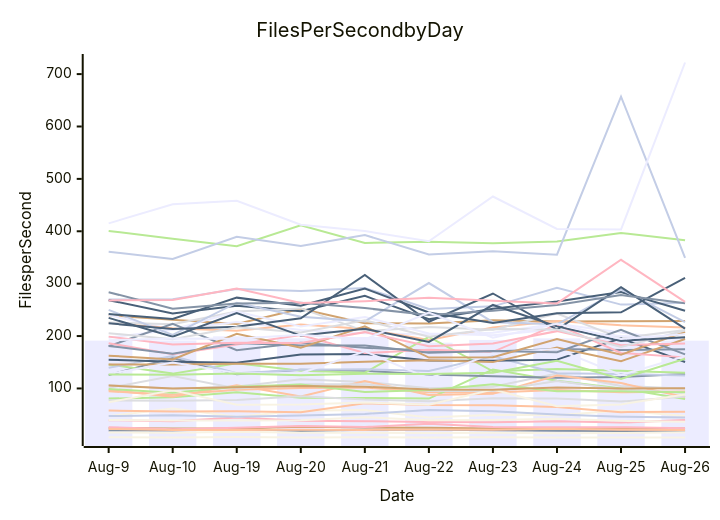
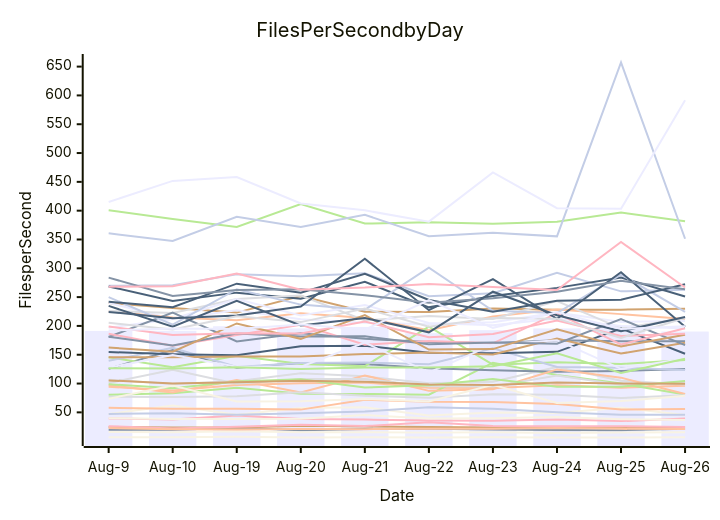
Before and after one commit to streetsidesoftware/cspell: the diagram in perf-report.md, drawn with Mermaid. The commit also changed other lines of this file and 2 other files, not shown here.

````diff
--- a/perf-report.md
+++ b/perf-report.md
@@ -11,57 +11,57 @@
 ```mermaid
 xychart-beta
     title Files Per Second by Day
     y-axis Files per Second
     x-axis Date [Aug-9, Aug-10, Aug-19, Aug-20, Aug-21, Aug-22, Aug-23, Aug-24, Aug-25, Aug-26]
-    bar [191.27, 191.48, 199.45, 195.67, 198.22, 187.40, 192.61, 195.61, 200.69, 191.21]
-    line [19.76, 19.87, 23.15, 18.80, 21.30, 21.70, 20.11, 19.24, 18.97, 18.60]
-    line [94.45, 88.13, 97.66, 100.71, 101.93, 92.80, 92.11, 97.07, 92.83, 94.21]
-    line [106.66, 99.38, 103.80, 117.71, 112.47, 100.50, 103.30, 128.71, 104.89, 99.29]
-    line [80.61, 83.15, 92.81, 82.44, 81.86, 80.75, 136.22, 114.72, 99.92, 80.06]
-    line [239.79, 231.09, 223.10, 252.00, 224.60, 224.17, 230.06, 227.93, 228.22, 228.65]
-    line [269.81, 270.47, 289.77, 286.14, 291.59, 251.52, 256.69, 292.19, 260.02, 263.43]
-    line [39.52, 37.52, 44.46, 38.46, 37.42, 35.96, 35.65, 37.61, 34.82, 39.63]
-    line [268.54, 243.09, 257.77, 247.18, 276.72, 232.23, 252.08, 266.01, 283.94, 248.34]
-    line [6.78, 6.60, 7.51, 6.38, 6.72, 6.55, 6.77, 6.55, 6.58, 6.59]
-    line [240.17, 211.99, 227.00, 211.38, 205.51, 203.10, 206.43, 223.33, 206.89, 190.22]
-    line [125.68, 158.27, 127.25, 135.61, 133.76, 126.70, 123.28, 120.42, 121.90, 127.45]
-    line [225.24, 214.74, 210.02, 221.88, 213.58, 192.56, 216.27, 228.68, 220.47, 216.37]
-    line [225.91, 222.58, 246.74, 252.74, 209.47, 217.12, 212.13, 242.98, 195.81, 211.42]
-    line [145.75, 128.32, 148.05, 133.76, 130.09, 198.58, 132.66, 136.89, 133.84, 129.75]
-    line [24.65, 23.72, 23.68, 26.94, 25.51, 24.79, 23.76, 23.53, 22.75, 23.51]
-    line [139.45, 161.93, 128.87, 135.71, 136.66, 133.36, 161.38, 128.87, 127.62, 124.67]
-    line [25.95, 22.03, 24.86, 28.29, 26.21, 32.71, 26.20, 26.09, 26.00, 24.23]
-    line [154.75, 150.93, 149.02, 164.86, 165.64, 153.35, 152.64, 155.02, 195.52, 150.49]
-    line [15.80, 15.53, 17.25, 15.28, 15.49, 14.84, 15.46, 14.39, 15.01, 16.42]
-    line [196.97, 211.99, 246.59, 218.10, 236.31, 204.94, 201.38, 212.81, 200.01, 195.01]
-    line [180.75, 223.35, 172.94, 187.16, 177.68, 172.01, 170.49, 175.09, 173.22, 174.63]
-    line [96.93, 84.41, 106.12, 84.61, 114.12, 87.31, 89.99, 124.55, 110.24, 83.67]
-    line [77.16, 76.75, 77.91, 84.91, 78.76, 75.34, 81.46, 80.77, 74.97, 84.82]
-    line [400.74, 385.62, 371.65, 411.46, 377.61, 379.88, 377.18, 380.64, 396.91, 382.80]
-    line [145.79, 145.58, 147.10, 147.08, 151.07, 153.94, 150.27, 178.09, 152.08, 194.45]
-    line [249.96, 202.34, 263.67, 236.99, 228.06, 301.20, 226.40, 222.40, 289.06, 226.80]
-    line [186.27, 165.43, 184.07, 202.12, 167.51, 173.85, 169.85, 221.75, 167.75, 159.31]
-    line [224.37, 213.27, 217.89, 233.79, 316.48, 227.32, 281.23, 212.31, 293.11, 214.05]
-    line [47.00, 61.84, 45.89, 57.63, 58.67, 44.77, 49.92, 49.06, 57.90, 47.24]
-    line [127.47, 149.55, 129.16, 129.10, 170.99, 119.13, 167.47, 175.06, 125.57, 161.32]
-    line [181.18, 166.12, 186.93, 181.85, 181.88, 168.34, 171.35, 169.12, 211.70, 164.93]
-    line [57.90, 56.15, 56.35, 54.76, 71.89, 68.47, 68.09, 64.39, 54.76, 55.76]
-    line [101.07, 123.80, 99.87, 108.06, 107.98, 95.34, 94.96, 114.12, 97.84, 91.84]
-    line [98.84, 91.76, 103.43, 107.49, 93.08, 97.11, 107.90, 94.53, 94.47, 92.63]
-    line [162.48, 155.40, 204.32, 177.59, 218.64, 159.00, 159.79, 194.26, 164.45, 208.14]
-    line [360.76, 347.31, 389.41, 371.89, 392.82, 355.53, 361.83, 355.43, 657.12, 349.27]
-    line [198.91, 184.05, 187.41, 186.67, 207.48, 180.49, 185.92, 209.38, 182.67, 185.76]
-    line [242.10, 232.62, 273.32, 257.69, 290.62, 245.10, 224.83, 243.49, 245.36, 311.06]
-    line [73.60, 96.61, 68.89, 69.48, 73.38, 68.77, 97.84, 66.15, 69.59, 88.48]
-    line [415.14, 451.69, 458.22, 412.53, 400.53, 380.98, 466.37, 404.40, 403.18, 722.14]
-    line [283.77, 252.09, 262.36, 263.68, 253.37, 240.18, 248.22, 259.20, 278.18, 262.46]
-    line [22.84, 20.59, 20.47, 21.22, 20.90, 21.42, 21.40, 22.88, 21.36, 20.63]
-    line [205.56, 193.98, 216.67, 206.61, 230.20, 198.53, 213.69, 212.64, 179.07, 210.76]
-    line [126.64, 126.17, 128.45, 125.27, 127.94, 127.77, 130.20, 152.67, 118.34, 156.81]
-    line [105.46, 100.11, 102.43, 104.89, 103.21, 98.21, 97.36, 101.78, 100.00, 100.54]
-    line [47.26, 48.66, 46.00, 48.26, 51.42, 58.83, 56.30, 50.38, 45.97, 44.56]
-    line [268.09, 268.70, 290.78, 262.94, 266.60, 272.93, 267.45, 262.37, 345.57, 265.40]
-    line [234.76, 198.61, 243.75, 200.90, 213.71, 188.91, 259.37, 218.53, 190.79, 197.62]
-    line [39.98, 38.63, 38.64, 39.11, 45.24, 39.50, 39.66, 42.07, 38.23, 36.39]
-    line [192.03, 195.48, 194.87, 202.54, 193.62, 244.63, 196.70, 223.56, 194.58, 203.27]
+    bar [191.27, 191.48, 199.45, 195.67, 198.22, 187.40, 192.61, 195.61, 200.69, 190.24]
+    line [19.76, 19.87, 23.15, 18.80, 21.30, 21.70, 20.11, 19.24, 18.97, 21.74]
+    line [94.45, 88.13, 97.66, 100.71, 101.93, 92.80, 92.11, 97.07, 92.83, 96.14]
+    line [106.66, 99.38, 103.80, 117.71, 112.47, 100.50, 103.30, 128.71, 104.89, 98.28]
+    line [80.61, 83.15, 92.81, 82.44, 81.86, 80.75, 136.22, 114.72, 99.92, 81.00]
+    line [239.79, 231.09, 223.10, 252.00, 224.60, 224.17, 230.06, 227.93, 228.22, 229.99]
+    line [269.81, 270.47, 289.77, 286.14, 291.59, 251.52, 256.69, 292.19, 260.02, 262.94]
+    line [39.52, 37.52, 44.46, 38.46, 37.42, 35.96, 35.65, 37.61, 34.82, 39.47]
+    line [268.54, 243.09, 257.77, 247.18, 276.72, 232.23, 252.08, 266.01, 283.94, 251.01]
+    line [6.78, 6.60, 7.51, 6.38, 6.72, 6.55, 6.77, 6.55, 6.58, 6.64]
+    line [240.17, 211.99, 227.00, 211.38, 205.51, 203.10, 206.43, 223.33, 206.89, 208.72]
+    line [125.68, 158.27, 127.25, 135.61, 133.76, 126.70, 123.28, 120.42, 121.90, 125.42]
+    line [225.24, 214.74, 210.02, 221.88, 213.58, 192.56, 216.27, 228.68, 220.47, 211.98]
+    line [225.91, 222.58, 246.74, 252.74, 209.47, 217.12, 212.13, 242.98, 195.81, 213.43]
+    line [145.75, 128.32, 148.05, 133.76, 130.09, 198.58, 132.66, 136.89, 133.84, 140.74]
+    line [24.65, 23.72, 23.68, 26.94, 25.51, 24.79, 23.76, 23.53, 22.75, 24.32]
+    line [139.45, 161.93, 128.87, 135.71, 136.66, 133.36, 161.38, 128.87, 127.62, 123.35]
+    line [25.95, 22.03, 24.86, 28.29, 26.21, 32.71, 26.20, 26.09, 26.00, 24.43]
+    line [154.75, 150.93, 149.02, 164.86, 165.64, 153.35, 152.64, 155.02, 195.52, 151.70]
+    line [15.80, 15.53, 17.25, 15.28, 15.49, 14.84, 15.46, 14.39, 15.01, 15.63]
+    line [196.97, 211.99, 246.59, 218.10, 236.31, 204.94, 201.38, 212.81, 200.01, 195.34]
+    line [180.75, 223.35, 172.94, 187.16, 177.68, 172.01, 170.49, 175.09, 173.22, 173.59]
+    line [96.93, 84.41, 106.12, 84.61, 114.12, 87.31, 89.99, 124.55, 110.24, 81.92]
+    line [77.16, 76.75, 77.91, 84.91, 78.76, 75.34, 81.46, 80.77, 74.97, 79.78]
+    line [400.74, 385.62, 371.65, 411.46, 377.61, 379.88, 377.18, 380.64, 396.91, 381.52]
+    line [145.79, 145.58, 147.10, 147.08, 151.07, 153.94, 150.27, 178.09, 152.08, 170.66]
+    line [249.96, 202.34, 263.67, 236.99, 228.06, 301.20, 226.40, 222.40, 289.06, 224.56]
+    line [186.27, 165.43, 184.07, 202.12, 167.51, 173.85, 169.85, 221.75, 167.75, 195.90]
+    line [224.37, 213.27, 217.89, 233.79, 316.48, 227.32, 281.23, 212.31, 293.11, 198.49]
+    line [47.00, 61.84, 45.89, 57.63, 58.67, 44.77, 49.92, 49.06, 57.90, 45.60]
+    line [127.47, 149.55, 129.16, 129.10, 170.99, 119.13, 167.47, 175.06, 125.57, 143.51]
+    line [181.18, 166.12, 186.93, 181.85, 181.88, 168.34, 171.35, 169.12, 211.70, 166.64]
+    line [57.90, 56.15, 56.35, 54.76, 71.89, 68.47, 68.09, 64.39, 54.76, 55.64]
+    line [101.07, 123.80, 99.87, 108.06, 107.98, 95.34, 94.96, 114.12, 97.84, 103.09]
+    line [98.84, 91.76, 103.43, 107.49, 93.08, 97.11, 107.90, 94.53, 94.47, 104.38]
+    line [162.48, 155.40, 204.32, 177.59, 218.64, 159.00, 159.79, 194.26, 164.45, 184.75]
+    line [360.76, 347.31, 389.41, 371.89, 392.82, 355.53, 361.83, 355.43, 657.12, 351.25]
+    line [198.91, 184.05, 187.41, 186.67, 207.48, 180.49, 185.92, 209.38, 182.67, 186.49]
+    line [242.10, 232.62, 273.32, 257.69, 290.62, 245.10, 224.83, 243.49, 245.36, 272.30]
+    line [73.60, 96.61, 68.89, 69.48, 73.38, 68.77, 97.84, 66.15, 69.59, 78.77]
+    line [415.14, 451.69, 458.22, 412.53, 400.53, 380.98, 466.37, 404.40, 403.18, 591.49]
+    line [283.77, 252.09, 262.36, 263.68, 253.37, 240.18, 248.22, 259.20, 278.18, 263.50]
+    line [22.84, 20.59, 20.47, 21.22, 20.90, 21.42, 21.40, 22.88, 21.36, 21.22]
+    line [205.56, 193.98, 216.67, 206.61, 230.20, 198.53, 213.69, 212.64, 179.07, 214.07]
+    line [126.64, 126.17, 128.45, 125.27, 127.94, 127.77, 130.20, 152.67, 118.34, 143.02]
+    line [105.46, 100.11, 102.43, 104.89, 103.21, 98.21, 97.36, 101.78, 100.00, 99.58]
+    line [47.26, 48.66, 46.00, 48.26, 51.42, 58.83, 56.30, 50.38, 45.97, 45.91]
+    line [268.09, 268.70, 290.78, 262.94, 266.60, 272.93, 267.45, 262.37, 345.57, 266.69]
+    line [234.76, 198.61, 243.75, 200.90, 213.71, 188.91, 259.37, 218.53, 190.79, 215.33]
+    line [39.98, 38.63, 38.64, 39.11, 45.24, 39.50, 39.66, 42.07, 38.23, 36.94]
+    line [192.03, 195.48, 194.87, 202.54, 193.62, 244.63, 196.70, 223.56, 194.58, 199.46]
 ```
````
